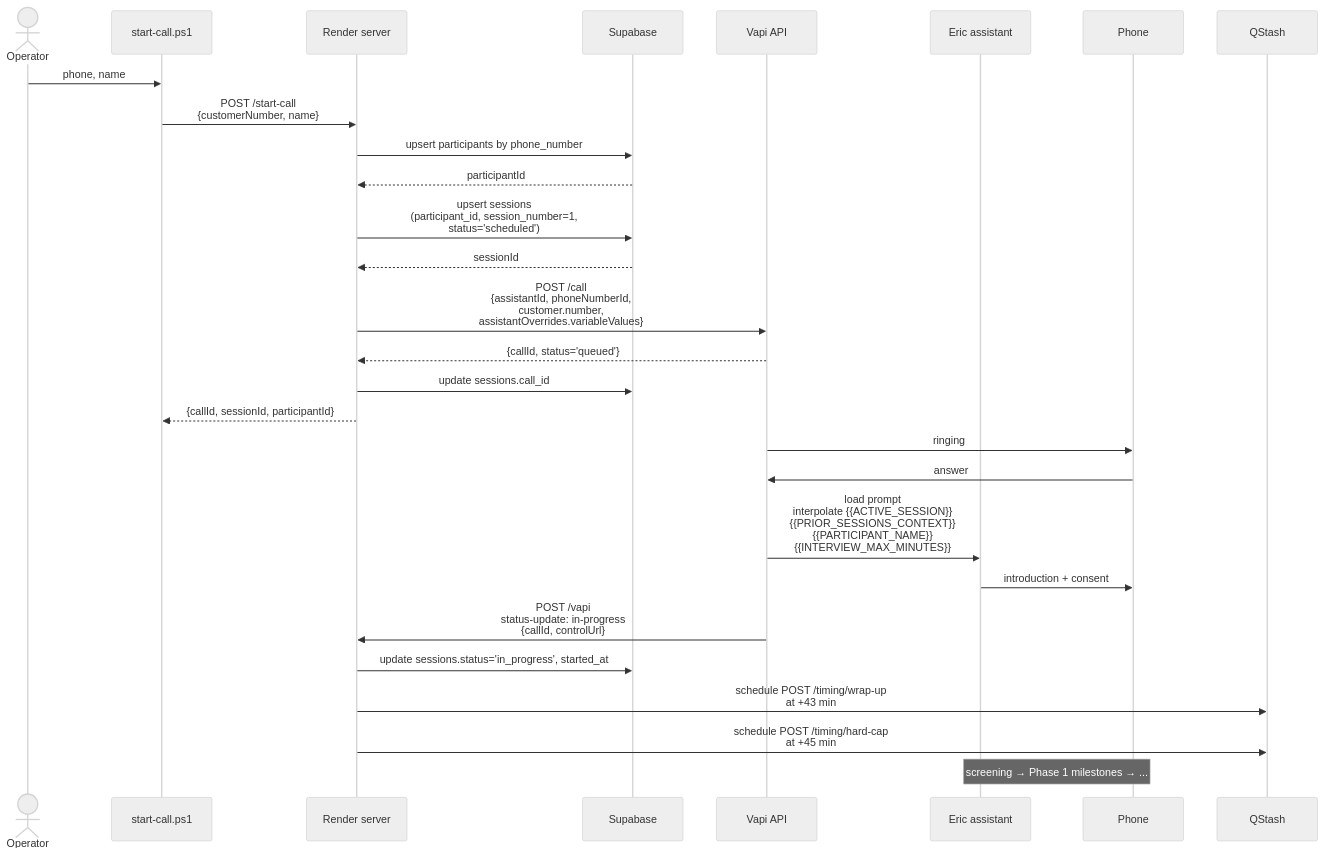
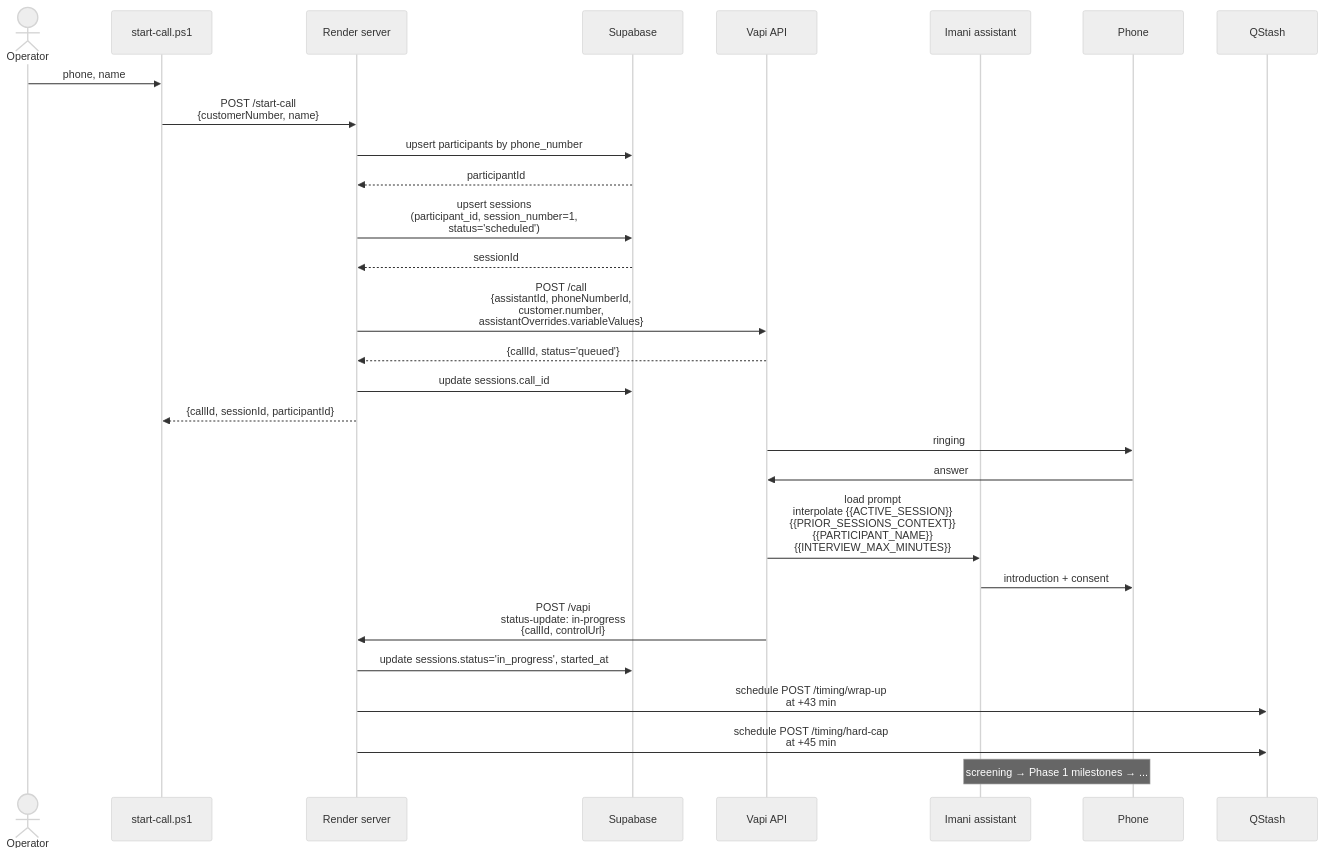
The second of 5 diagrams in ARCHITECTURE.md (CCA-UIL/vapi-interview-webhook), drawn with Mermaid (neutral theme) before and after one commit. The commit also changed other lines of this file and 10 other files, not shown here.

````diff
--- a/ARCHITECTURE.md
+++ b/ARCHITECTURE.md
@@ -38,31 +38,31 @@
 ```mermaid
 sequenceDiagram
     actor Op as Operator
     participant PS as start-call.ps1
     participant SVR as Render server
     participant SB as Supabase
     participant V as Vapi API
-    participant A as Eric assistant
+    participant A as Imani assistant
     participant Ph as Phone
     participant Q as QStash
 
     Op->>PS: phone, name
     PS->>SVR: POST /start-call<br/>{customerNumber, name}
     SVR->>SB: upsert participants by phone_number
     SB-->>SVR: participantId
     SVR->>SB: upsert sessions<br/>(participant_id, session_number=1,<br/>status='scheduled')
     SB-->>SVR: sessionId
     SVR->>V: POST /call<br/>{assistantId, phoneNumberId,<br/>customer.number,<br/>assistantOverrides.variableValues}
     V-->>SVR: {callId, status='queued'}
     SVR->>SB: update sessions.call_id
     SVR-->>PS: {callId, sessionId, participantId}
     V->>Ph: ringing
     Ph->>V: answer
     V->>A: load prompt<br/>interpolate {{ACTIVE_SESSION}}<br/>{{PRIOR_SESSIONS_CONTEXT}}<br/>{{PARTICIPANT_NAME}}<br/>{{INTERVIEW_MAX_MINUTES}}
     A->>Ph: introduction + consent
     V->>SVR: POST /vapi<br/>status-update: in-progress<br/>{callId, controlUrl}
     SVR->>SB: update sessions.status='in_progress', started_at
     SVR->>Q: schedule POST /timing/wrap-up<br/>at +43 min
     SVR->>Q: schedule POST /timing/hard-cap<br/>at +45 min
     Note over A,Ph: screening → Phase 1 milestones → ...
 ```
````
